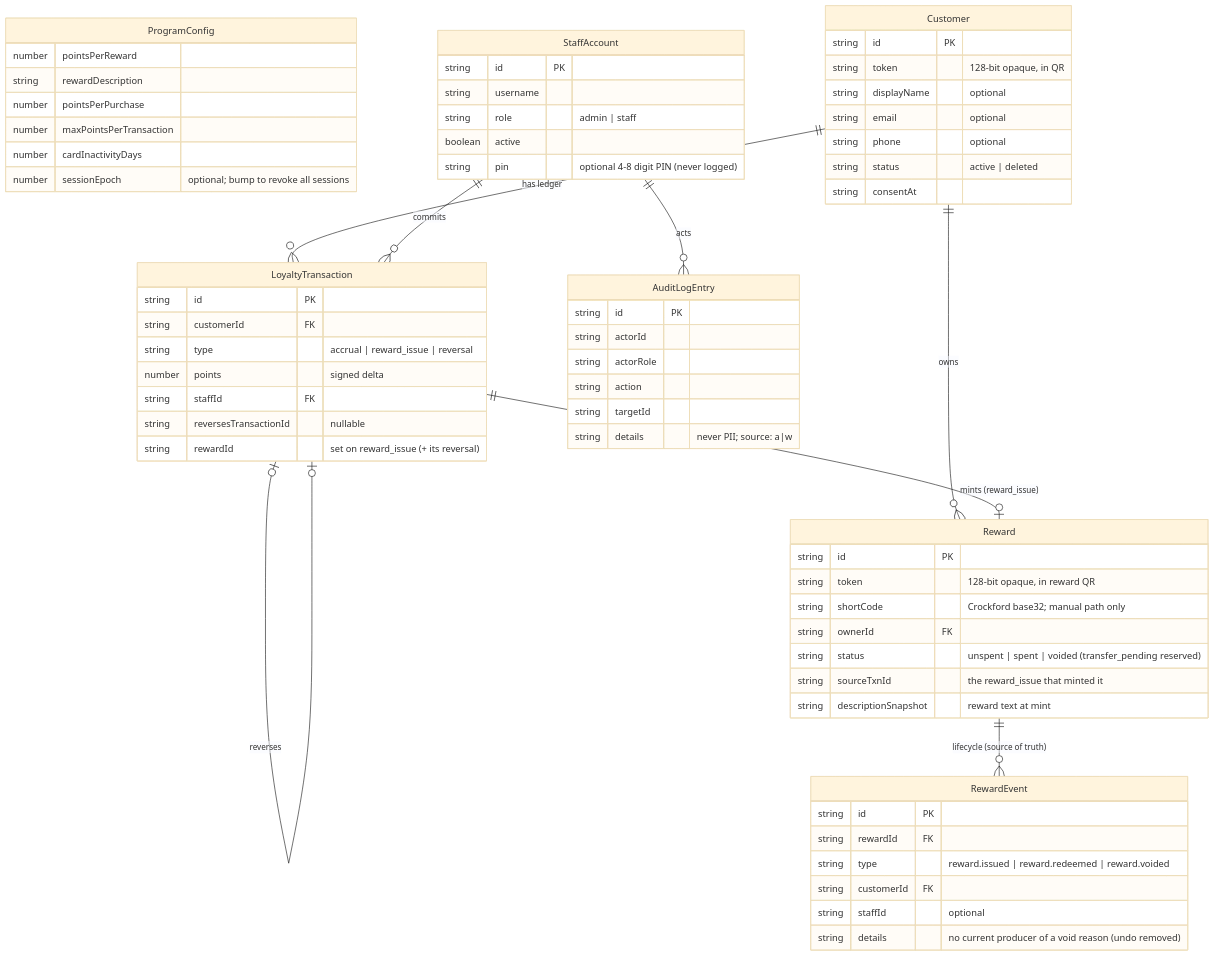
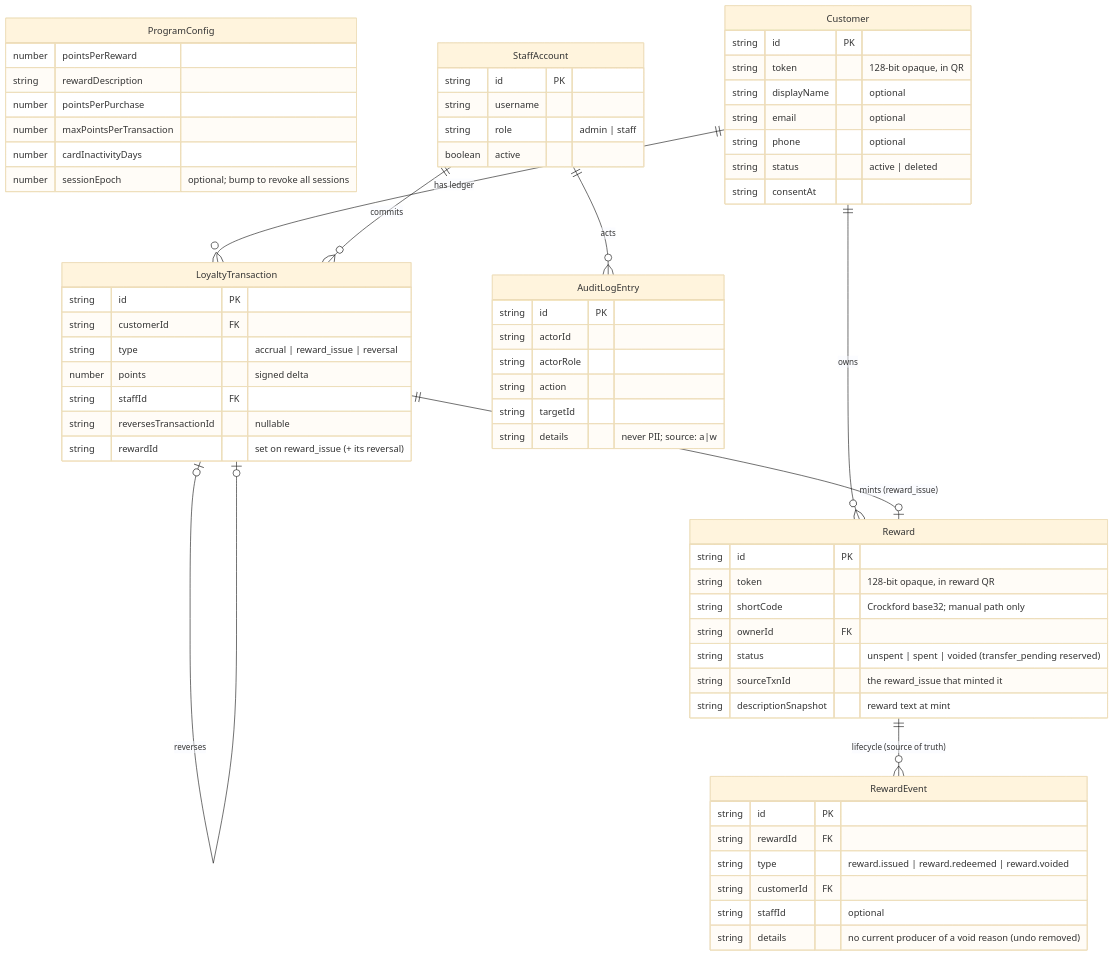
One commit to misch0n/loyalty-system changed the fifth of 6 diagrams in README.md. Above: the diagram before and after it, drawn with Mermaid (base theme). The commit also changed other lines of this file and 46 other files, not shown here.

````diff
--- a/README.md
+++ b/README.md
@@ -273,69 +278,68 @@
 ```mermaid
 erDiagram
     ProgramConfig {
         number pointsPerReward
         string rewardDescription
         number pointsPerPurchase
         number maxPointsPerTransaction
         number cardInactivityDays
         number sessionEpoch "optional; bump to revoke all sessions"
     }
     StaffAccount {
         string id PK
         string username
         string role "admin | staff"
         boolean active
-        string pin "optional 4-8 digit PIN (never logged)"
     }
     Customer {
         string id PK
         string token "128-bit opaque, in QR"
         string displayName "optional"
         string email "optional"
         string phone "optional"
         string status "active | deleted"
         string consentAt
     }
     LoyaltyTransaction {
         string id PK
         string customerId FK
         string type "accrual | reward_issue | reversal"
         number points "signed delta"
         string staffId FK
         string reversesTransactionId "nullable"
         string rewardId "set on reward_issue (+ its reversal)"
     }
     Reward {
         string id PK
         string token "128-bit opaque, in reward QR"
         string shortCode "Crockford base32; manual path only"
         string ownerId FK
         string status "unspent | spent | voided (transfer_pending reserved)"
         string sourceTxnId "the reward_issue that minted it"
         string descriptionSnapshot "reward text at mint"
     }
     RewardEvent {
         string id PK
         string rewardId FK
         string type "reward.issued | reward.redeemed | reward.voided"
         string customerId FK
         string staffId "optional"
         string details "no current producer of a void reason (undo removed)"
     }
     AuditLogEntry {
         string id PK
         string actorId
         string actorRole
         string action
         string targetId
         string details "never PII; source: a|w"
     }
 
     Customer ||--o{ LoyaltyTransaction : "has ledger"
     StaffAccount ||--o{ LoyaltyTransaction : "commits"
     LoyaltyTransaction |o--o| LoyaltyTransaction : "reverses"
     Customer ||--o{ Reward : "owns"
     LoyaltyTransaction ||--o| Reward : "mints (reward_issue)"
     Reward ||--o{ RewardEvent : "lifecycle (source of truth)"
     StaffAccount ||--o{ AuditLogEntry : "acts"
 ```
````
